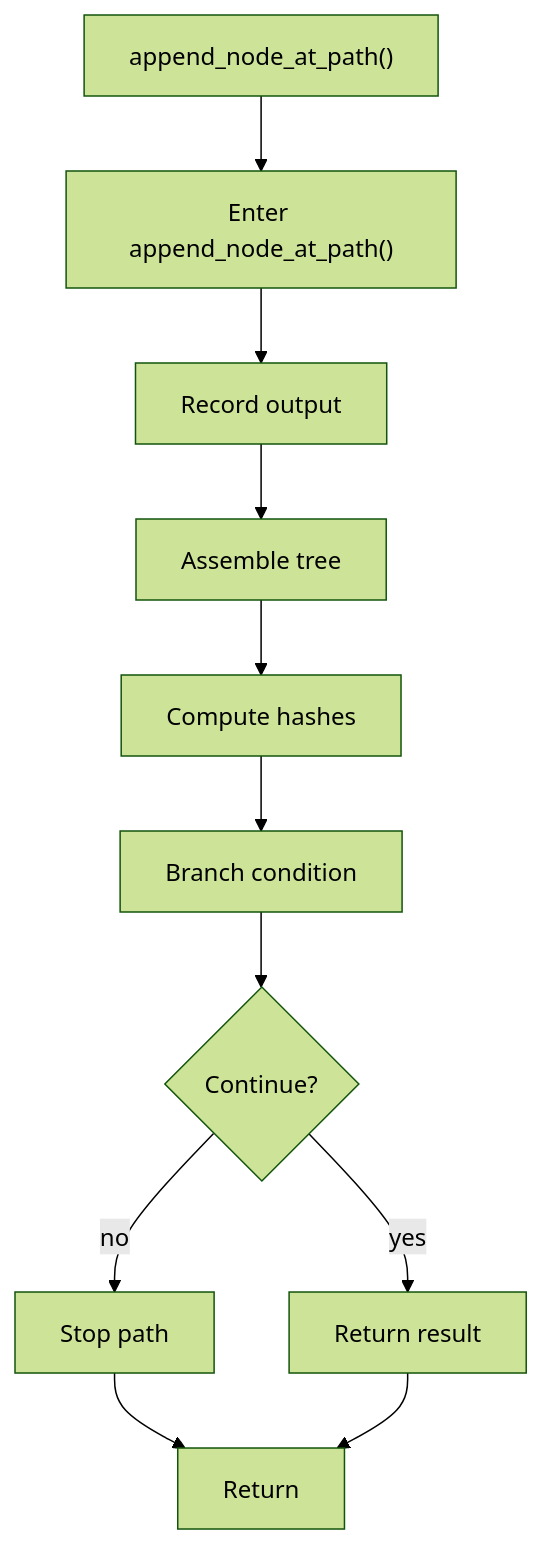
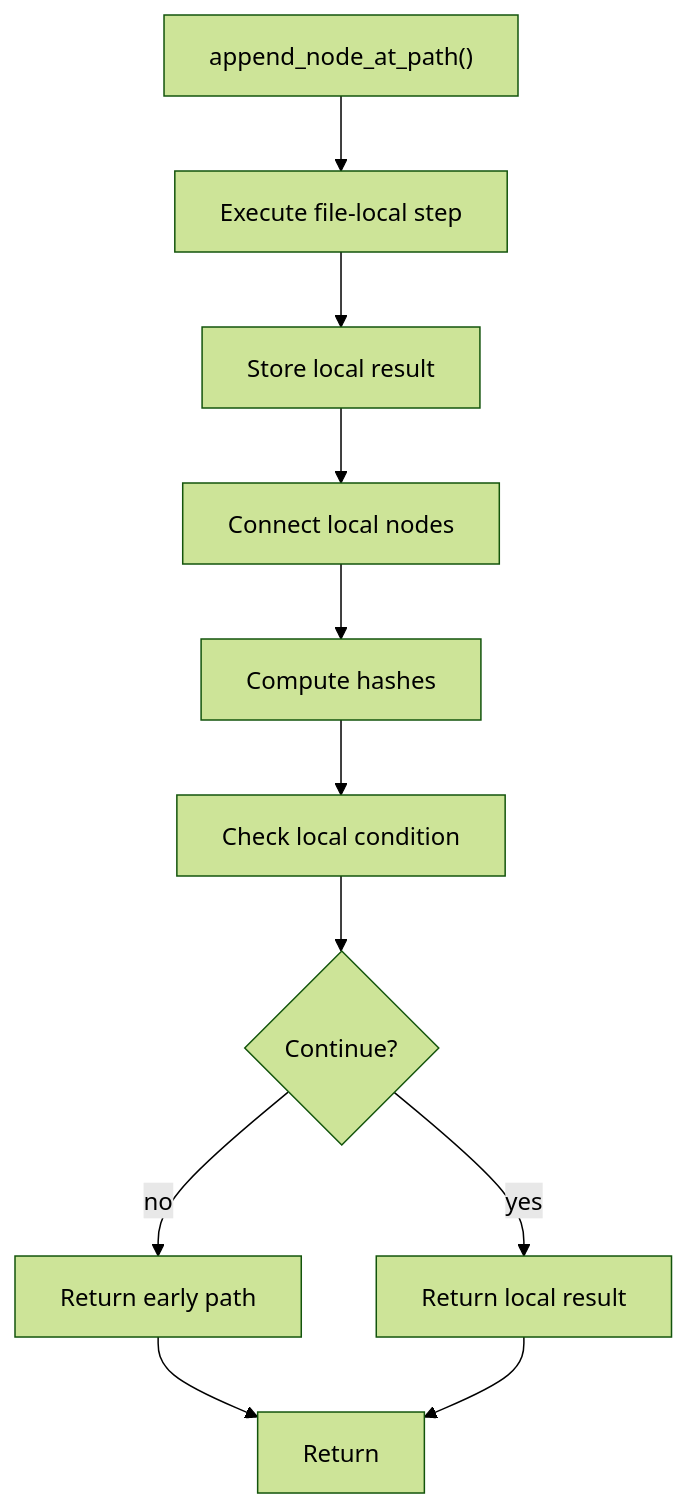
The fourth of 4 diagrams in docs/Codebase/Microservice/Modules/Source/Trees/ClassGeneration/Actual/Internal/node_path.cpp.md (JohnAndrewBalbarosa/NeoTerritory), drawn with Mermaid (forest theme) before and after one commit. The commit also changed other lines of this file and 925 other files, not shown here.

````diff
--- a/docs/Codebase/Microservice/Modules/Source/Trees/ClassGeneration/Actual/Internal/node_path.cpp.md
+++ b/docs/Codebase/Microservice/Modules/Source/Trees/ClassGeneration/Actual/Internal/node_path.cpp.md
@@ -147,23 +146,23 @@
 ```mermaid
 flowchart TD
     Start["append_node_at_path()"]
-    N0["Enter append_node_at_path()"]
-    N1["Record output"]
-    N2["Assemble tree"]
+    N0["Execute file-local step"]
+    N1["Store local result"]
+    N2["Connect local nodes"]
     N3["Compute hashes"]
-    N4["Branch condition"]
+    N4["Check local condition"]
     D4{"Continue?"}
-    R4["Stop path"]
-    N5["Return result"]
+    R4["Return early path"]
+    N5["Return local result"]
     End["Return"]
     Start --> N0
     N0 --> N1
     N1 --> N2
     N2 --> N3
     N3 --> N4
     N4 --> D4
     D4 -->|yes| N5
     D4 -->|no| R4
     R4 --> End
     N5 --> End
 ```
````
